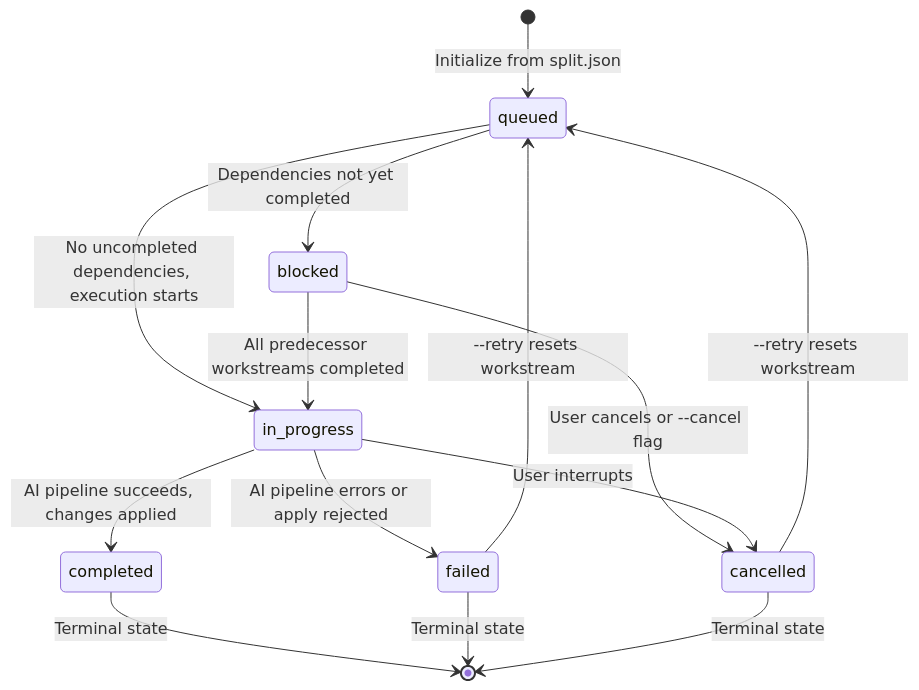
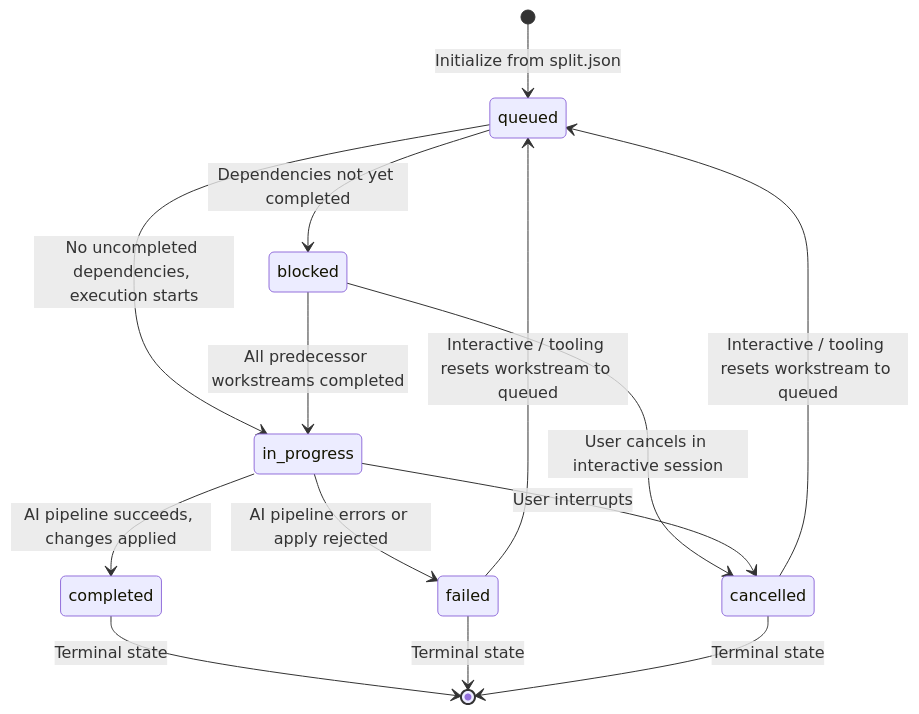
Before and after one commit to RishiJain905/Forge: the second of 4 diagrams in docs/steps-1-6-explained/step-5-execute.md, drawn with Mermaid. The commit also changed other lines of this file and 14 other files, not shown here.

````diff
--- a/docs/steps-1-6-explained/step-5-execute.md
+++ b/docs/steps-1-6-explained/step-5-execute.md
@@ -55,21 +55,21 @@
 ```mermaid
 stateDiagram-v2
     [*] --> queued: Initialize from split.json
 
     queued --> blocked: Dependencies not yet completed
     queued --> in_progress: No uncompleted dependencies, execution starts
 
     blocked --> in_progress: All predecessor workstreams completed
-    blocked --> cancelled: User cancels or --cancel flag
+    blocked --> cancelled: User cancels in interactive session
 
     in_progress --> completed: AI pipeline succeeds, changes applied
     in_progress --> failed: AI pipeline errors or apply rejected
     in_progress --> cancelled: User interrupts
 
     completed --> [*]: Terminal state
     failed --> [*]: Terminal state
     cancelled --> [*]: Terminal state
 
-    failed --> queued: --retry resets workstream
-    cancelled --> queued: --retry resets workstream
+    failed --> queued: Interactive / tooling resets workstream to queued
+    cancelled --> queued: Interactive / tooling resets workstream to queued
 ```
````
